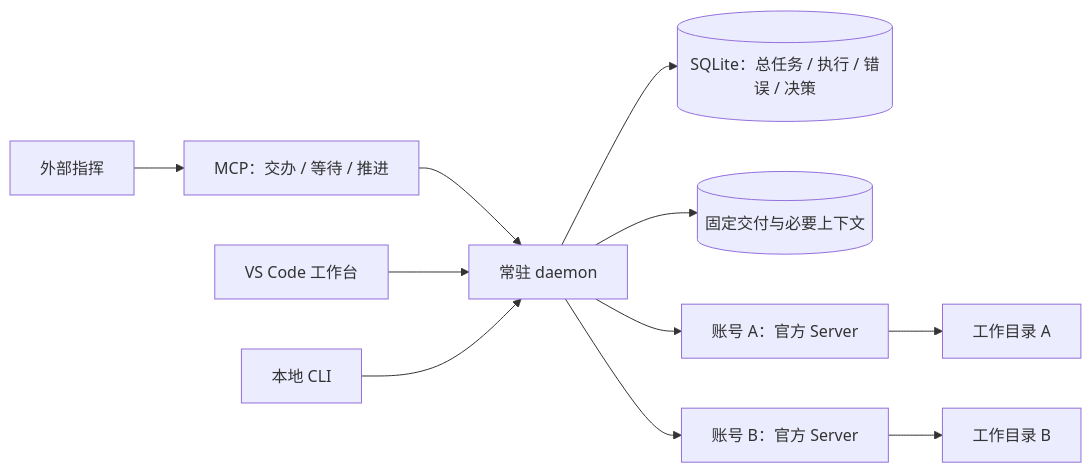
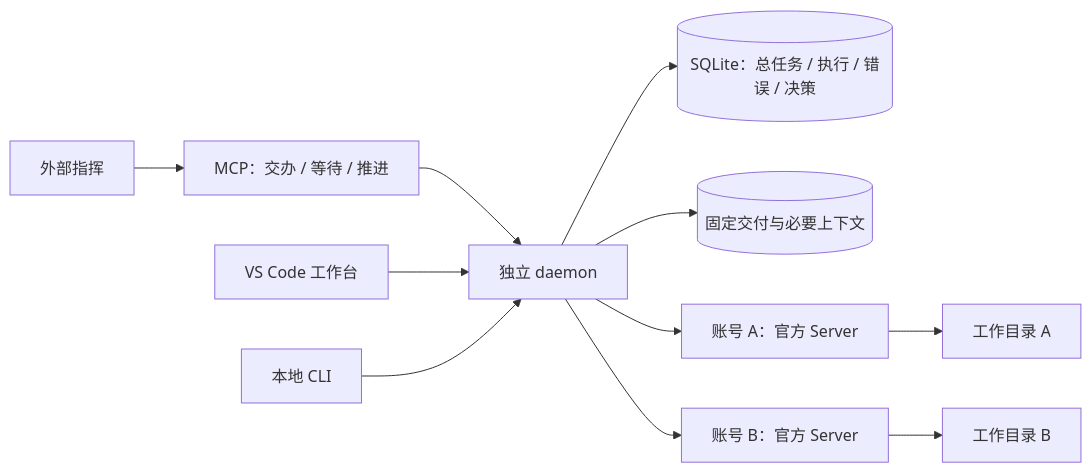
One commit to hi-zgl/codex_zcode changed the diagram in docs/design/architecture.md. Above: the diagram before and after it, drawn with Mermaid. The commit also changed other lines of this file and 47 other files, not shown here.

````diff
--- a/docs/design/architecture.md
+++ b/docs/design/architecture.md
@@ -7,13 +7,13 @@
 ```mermaid
 flowchart LR
   Commander[外部指挥] --> MCP[MCP：交办 / 等待 / 推进]
-  MCP --> Daemon[常驻 daemon]
+  MCP --> Daemon[独立 daemon]
   UI[VS Code 工作台] --> Daemon
   CLI[本地 CLI] --> Daemon
   Daemon --> DB[(SQLite：总任务 / 执行 / 错误 / 决策)]
   Daemon --> Artifacts[(固定交付与必要上下文)]
   Daemon --> A[账号 A：官方 Server]
   Daemon --> B[账号 B：官方 Server]
   A --> WA[工作目录 A]
   B --> WB[工作目录 B]
 ```
````
